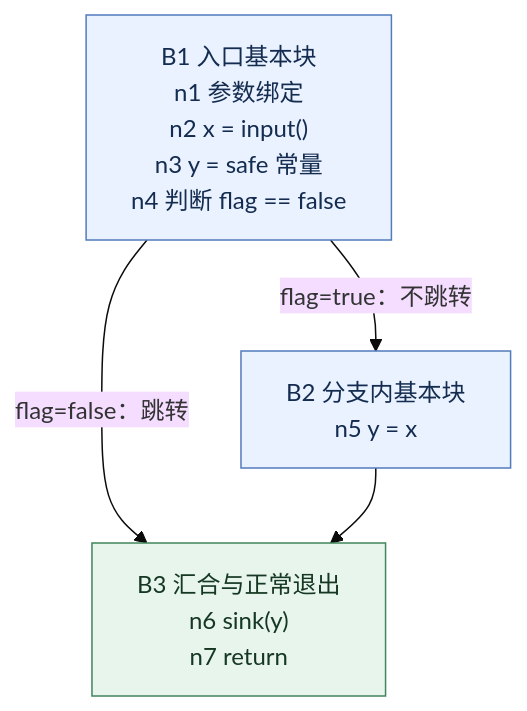
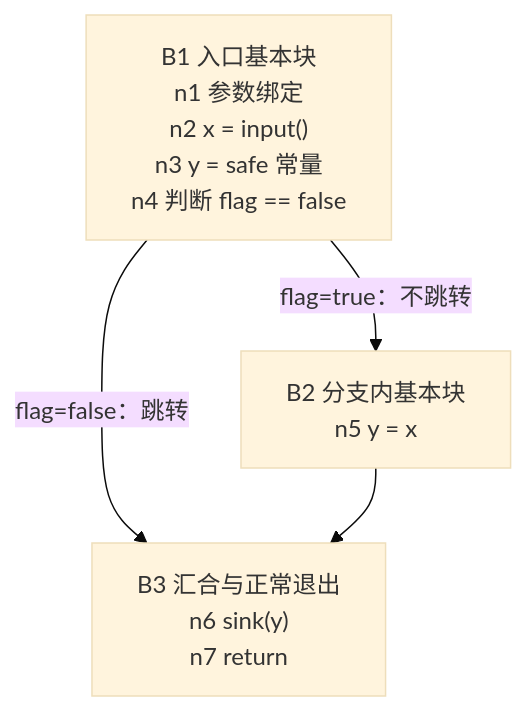
The diagram in src/static-analysis/assets/02-06-basic-blocks.mmd (Scrates1/Scrates1.github.io), drawn with Mermaid (base theme) before and after one commit. The commit also changed 70 other files, not shown here.

First line of the commit message:
静态分析系列的图改为暖调蓝图风格，并提供日夜两版。

```diff
--- a/src/static-analysis/assets/02-06-basic-blocks.mmd
+++ b/src/static-analysis/assets/02-06-basic-blocks.mmd
@@ -1,11 +1,9 @@
 flowchart TB
     B1["B1 入口基本块<br/>n1 参数绑定<br/>n2 x = input()<br/>n3 y = safe 常量<br/>n4 判断 flag == false"]
     B2["B2 分支内基本块<br/>n5 y = x"]
     B3["B3 汇合与正常退出<br/>n6 sink(y)<br/>n7 return"]
     B1 -->|"flag=true：不跳转"| B2
     B1 -->|"flag=false：跳转"| B3
     B2 --> B3
-    classDef block fill:#eaf2ff,stroke:#527bbd,color:#142c50;
-    classDef merge fill:#e7f5ed,stroke:#40855b,color:#163823;
     class B1,B2 block;
     class B3 merge;
```
